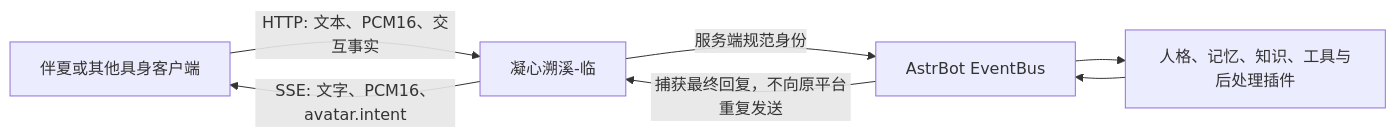
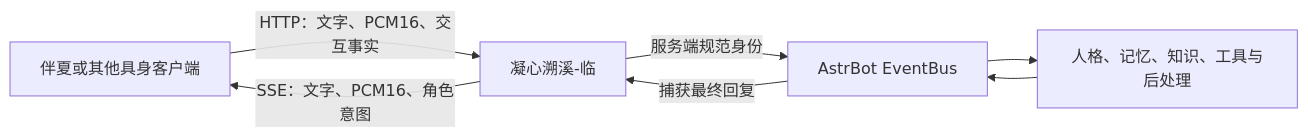
One commit to qsbb/astrbot_plugin_embodiment_bridge changed the diagram in README.md. Above: the diagram before and after it, drawn with Mermaid. The commit also changed other lines of this file and 2 other files, not shown here.

````diff
--- a/README.md
+++ b/README.md
@@ -35,9 +38,9 @@
 ```mermaid
 flowchart LR
-    C["伴夏或其他具身客户端"] -->|"HTTP: 文本、PCM16、交互事实"| B["凝心溯溪-临"]
+    C["伴夏或其他具身客户端"] -->|"HTTP：文字、PCM16、交互事实"| B["凝心溯溪-临"]
     B -->|"服务端规范身份"| E["AstrBot EventBus"]
-    E --> P["人格、记忆、知识、工具与后处理插件"]
+    E --> P["人格、记忆、知识、工具与后处理"]
     P --> E
-    E -->|"捕获最终回复，不向原平台重复发送"| B
-    B -->|"SSE: 文字、PCM16、avatar.intent"| C
+    E -->|"捕获最终回复"| B
+    B -->|"SSE：文字、PCM16、角色意图"| C
 ```
````
